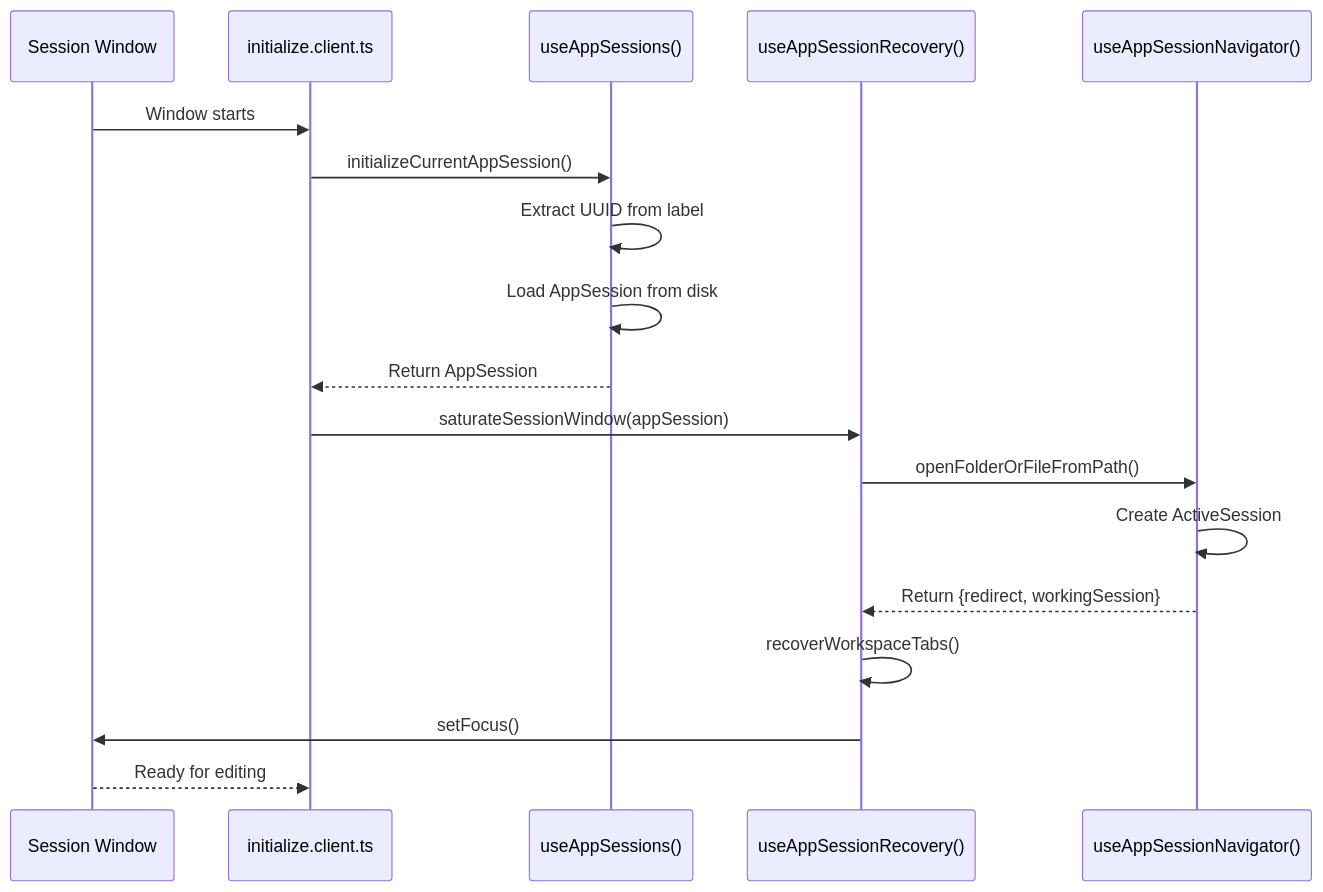
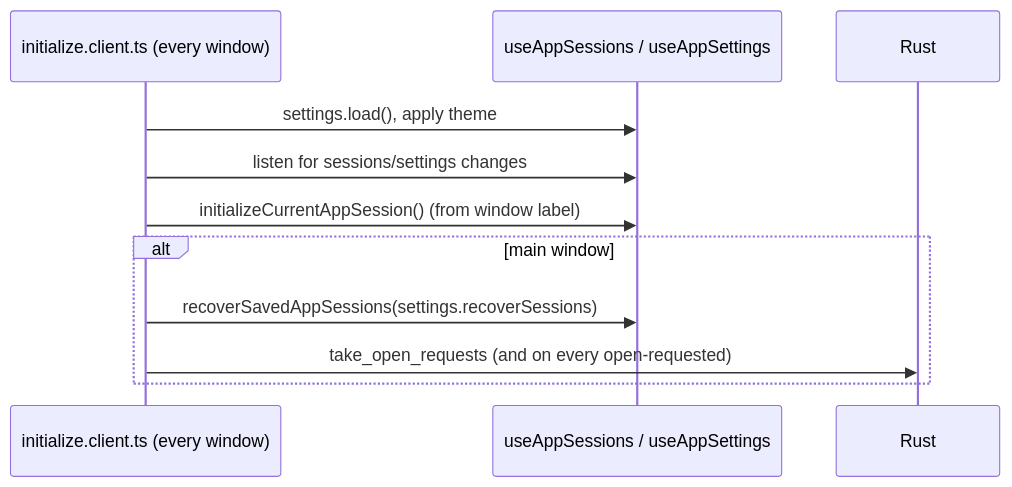
One commit to CTRL-Neo-Studios/vertex changed the third of 3 diagrams in Concepts and Structures.md. Above: the diagram before and after it, drawn with Mermaid. The commit also changed other lines of this file and 36 other files, not shown here.

````diff
--- a/Concepts and Structures.md
+++ b/Concepts and Structures.md
@@ -383,23 +172,13 @@
 ```mermaid
 sequenceDiagram
-    participant Win as Session Window
-    participant Plugin as initialize.client.ts
-    participant Sessions as useAppSessions()
-    participant Recovery as useAppSessionRecovery()
-    participant Opener as useAppSessionNavigator()
-
-    Win->>Plugin: Window starts
-    Plugin->>Sessions: initializeCurrentAppSession()
-    Sessions->>Sessions: Extract UUID from label
-    Sessions->>Sessions: Load AppSession from disk
-    Sessions-->>Plugin: Return AppSession
-    
-    Plugin->>Recovery: saturateSessionWindow(appSession)
-    Recovery->>Opener: openFolderOrFileFromPath()
-    Opener->>Opener: Create ActiveSession
-    Opener-->>Recovery: Return {redirect, workingSession}
-    
-    Recovery->>Recovery: recoverWorkspaceTabs()
-    Recovery->>Win: setFocus()
-    Win-->>Plugin: Ready for editing
+    participant Plugin as initialize.client.ts (every window)
+    participant S as useAppSessions / useAppSettings
+    participant Rust
+    Plugin->>S: settings.load(), apply theme
+    Plugin->>S: listen for sessions/settings changes
+    Plugin->>S: initializeCurrentAppSession() (from window label)
+    alt main window
+        Plugin->>S: recoverSavedAppSessions(settings.recoverSessions)
+        Plugin->>Rust: take_open_requests (and on every open-requested)
+    end
 ```
````
